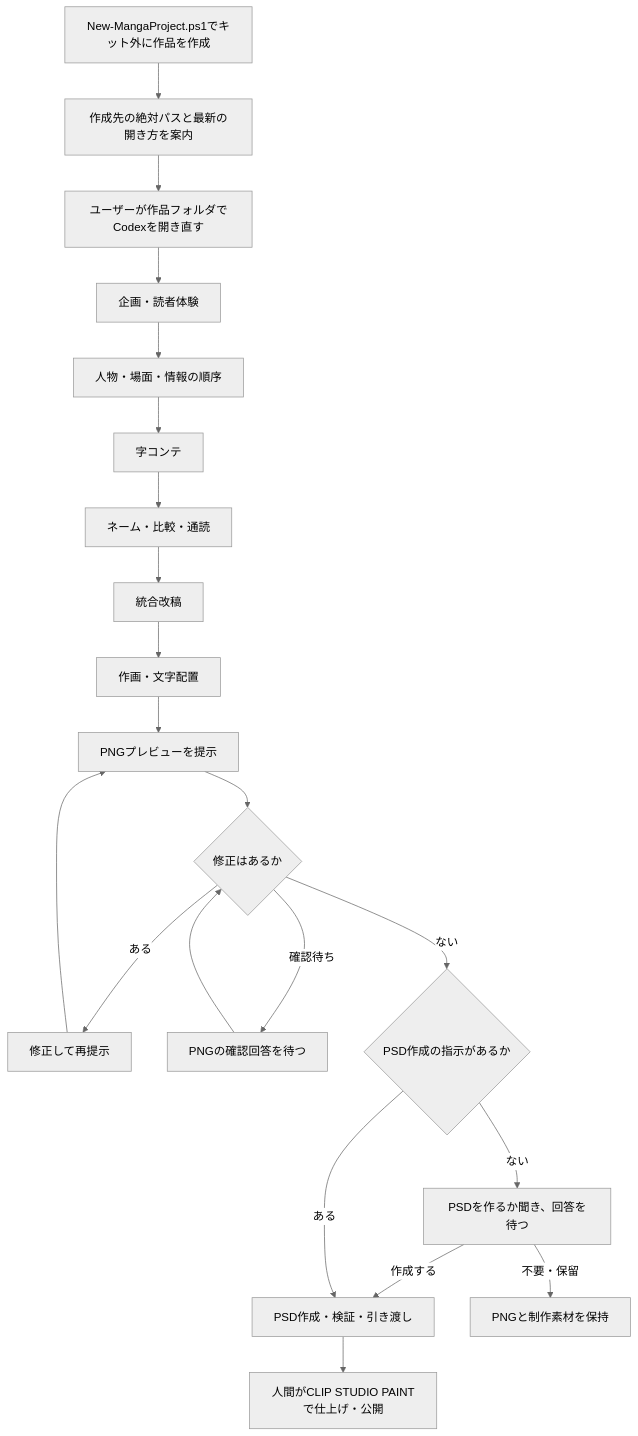
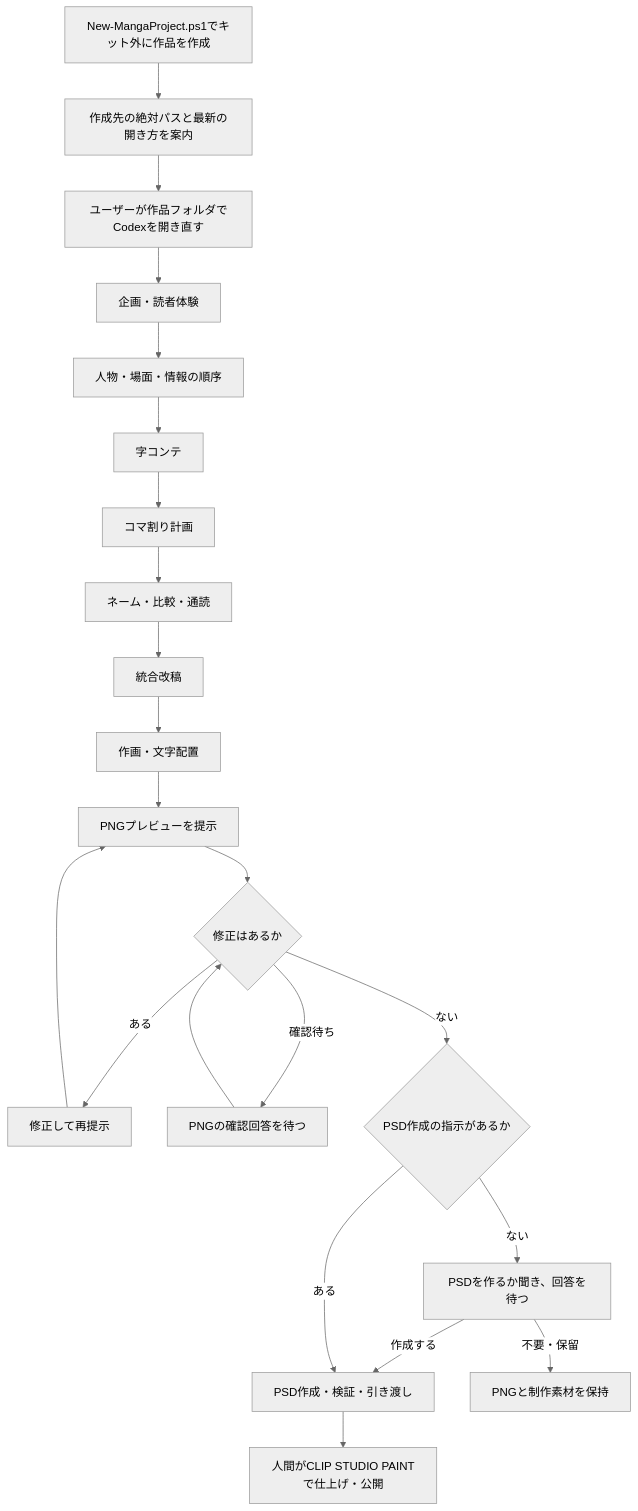
One commit to potechitakusan/MangaAgentsStudio-A changed the diagram in README.md. Above: the diagram before and after it, drawn with Mermaid (neutral theme). The commit also changed other lines of this file and 427 other files, not shown here.

````diff
--- a/README.md
+++ b/README.md
@@ -21,23 +22,24 @@
 ```mermaid
 flowchart TD
     P[New-MangaProject.ps1でキット外に作品を作成] --> Q[作成先の絶対パスと最新の開き方を案内]
     Q --> R[ユーザーが作品フォルダでCodexを開き直す]
     R --> A
     A[企画・読者体験] --> B[人物・場面・情報の順序]
     B --> C[字コンテ]
-    C --> D[ネーム・比較・通読]
+    C --> C1[コマ割り計画]
+    C1 --> D[ネーム・比較・通読]
     D --> E[統合改稿]
     E --> F[作画・文字配置]
     F --> G[PNGプレビューを提示]
     G --> H{修正はあるか}
     H -->|ある| I[修正して再提示]
     I --> G
     H -->|確認待ち| O[PNGの確認回答を待つ]
     O --> H
     H -->|ない| J{PSD作成の指示があるか}
     J -->|ない| K[PSDを作るか聞き、回答を待つ]
     K -->|作成する| L[PSD作成・検証・引き渡し]
     J -->|ある| L
     K -->|不要・保留| M[PNGと制作素材を保持]
     L --> N[人間がCLIP STUDIO PAINTで仕上げ・公開]
 ```
````
